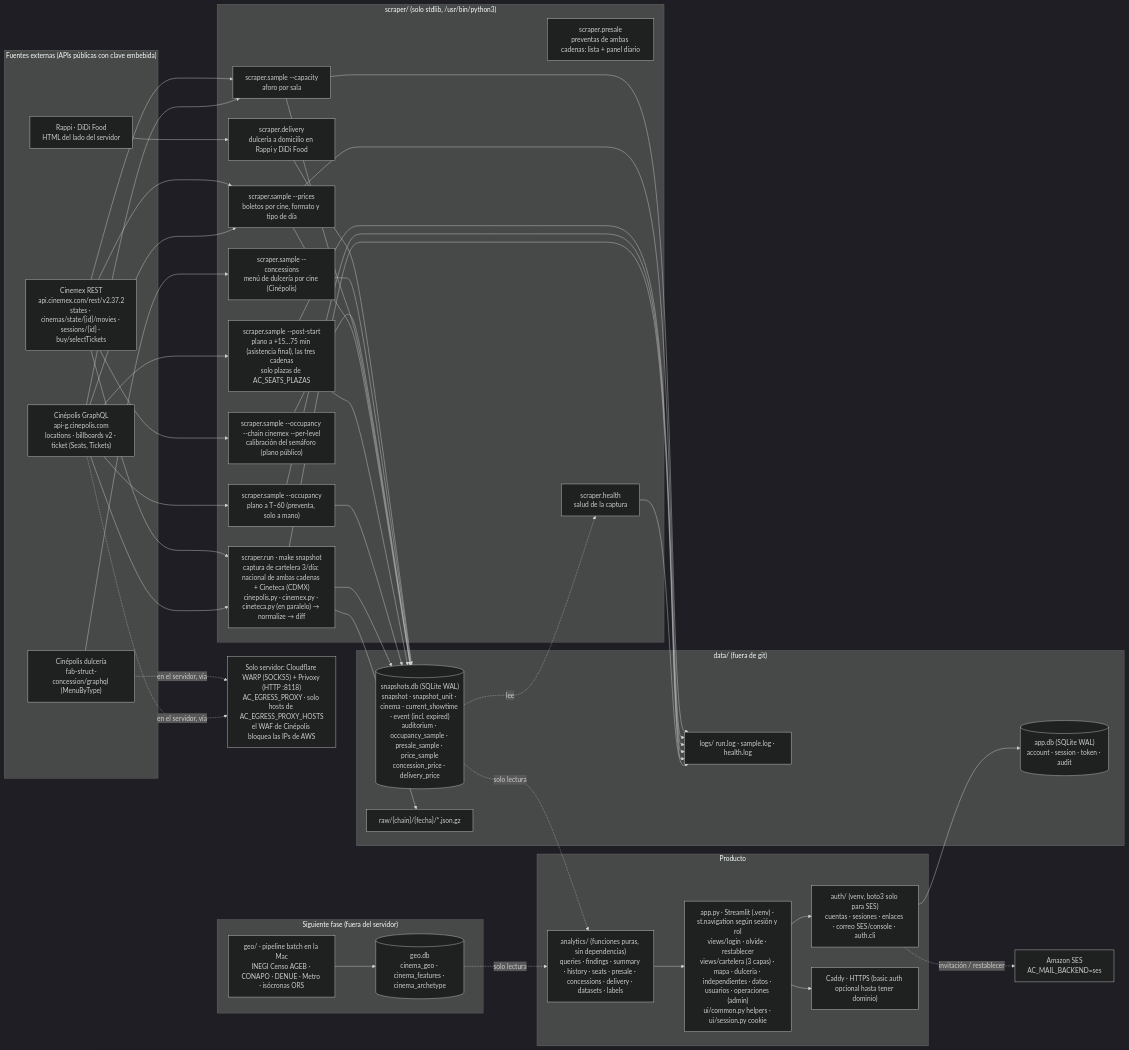
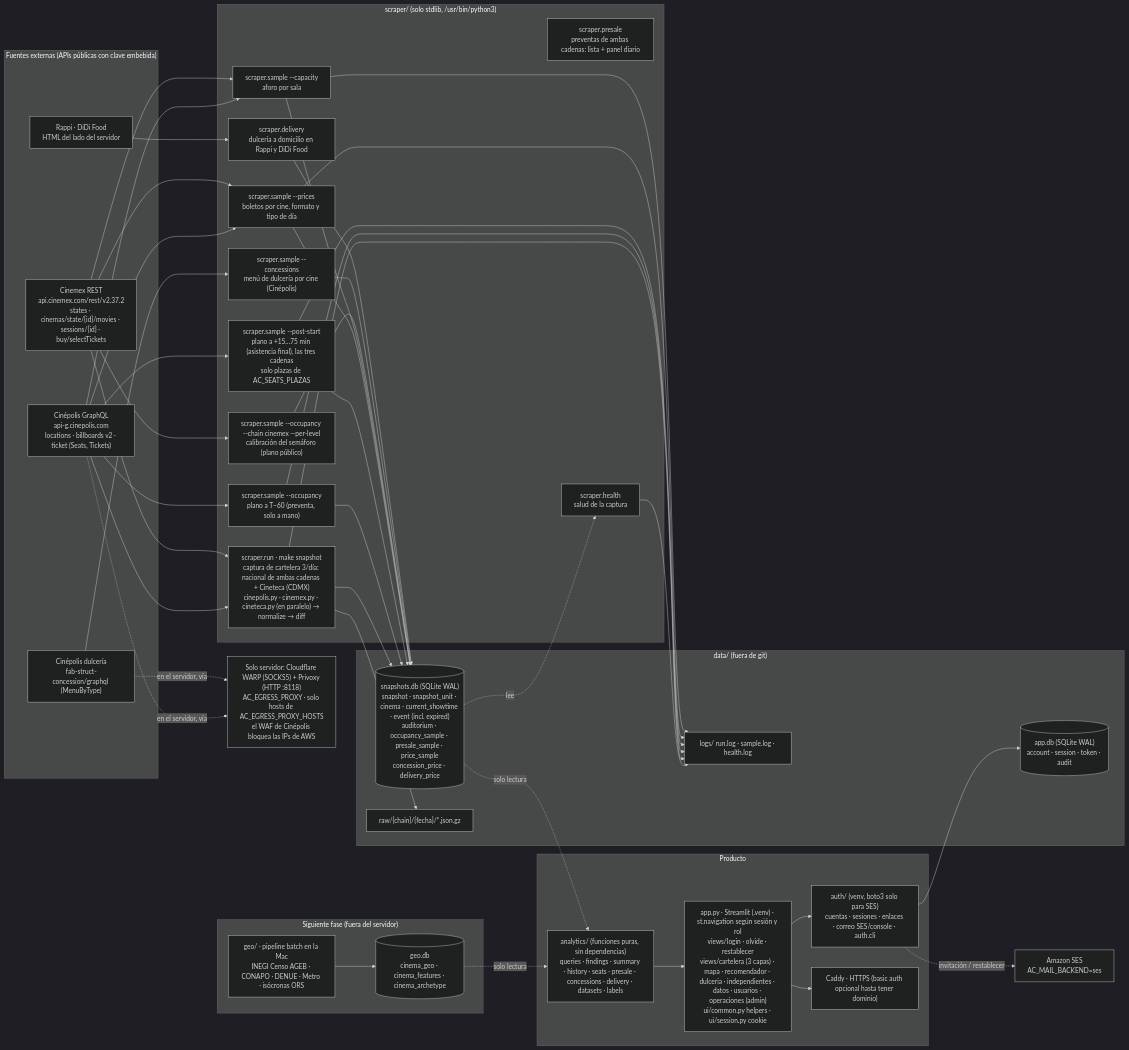
Before and after one commit to David-Lazaro-Fernandez/absolut-cinema: the diagram in ARCHITECTURE.md, drawn with Mermaid (dark theme). The commit also changed other lines of this file and 35 other files, not shown here.

````diff
--- a/ARCHITECTURE.md
+++ b/ARCHITECTURE.md
@@ -9,61 +9,61 @@
 ```mermaid
 flowchart LR
     subgraph fuentes["Fuentes externas (APIs públicas con clave embebida)"]
         CPL["Cinépolis GraphQL<br/>api-g.cinepolis.com<br/>locations · billboards v2 · ticket (Seats, Tickets)"]
         CMX["Cinemex REST<br/>api.cinemex.com/rest/v2.37.2<br/>states · cinemas/state/{id}/movies · sessions/{id} · buy/selectTickets"]
         CPF["Cinépolis dulcería<br/>fab-struct-concession/graphql (MenuByType)"]
         DEL["Rappi · DiDi Food<br/>HTML del lado del servidor"]
     end
 
     WARP["Solo servidor: Cloudflare WARP (SOCKS5) + Privoxy (HTTP :8118)<br/>AC_EGRESS_PROXY · solo hosts de AC_EGRESS_PROXY_HOSTS<br/>el WAF de Cinépolis bloquea las IPs de AWS"]
 
     subgraph scraper["scraper/ (solo stdlib, /usr/bin/python3)"]
         RUN["scraper.run · make snapshot<br/>captura de cartelera 3/día: nacional de ambas cadenas + Cineteca (CDMX)<br/>cinepolis.py · cinemex.py · cineteca.py (en paralelo) → normalize → diff"]
         OCC["scraper.sample --occupancy<br/>plano a T−60 (preventa, solo a mano)"]
         POST["scraper.sample --post-start<br/>plano a +15…75 min (asistencia final), las tres cadenas<br/>solo plazas de AC_SEATS_PLAZAS"]
         PRE["scraper.presale<br/>preventas de ambas cadenas: lista + panel diario"]
         PRICE["scraper.sample --prices<br/>boletos por cine, formato y tipo de día"]
         CAP["scraper.sample --capacity<br/>aforo por sala"]
         CAL["scraper.sample --occupancy --chain cinemex --per-level<br/>calibración del semáforo (plano público)"]
         CONC["scraper.sample --concessions<br/>menú de dulcería por cine (Cinépolis)"]
         DLV["scraper.delivery<br/>dulcería a domicilio en Rappi y DiDi Food"]
         HEALTH["scraper.health<br/>salud de la captura"]
     end
 
     subgraph datos["data/ (fuera de git)"]
         DB[("snapshots.db (SQLite WAL)<br/>snapshot · snapshot_unit · cinema · current_showtime · event (incl. expired)<br/>auditorium · occupancy_sample · presale_sample · price_sample<br/>concession_price · delivery_price")]
         APPDB[("app.db (SQLite WAL)<br/>account · session · token · audit")]
         RAW["raw/{chain}/{fecha}/*.json.gz"]
         LOGS["logs/ run.log · sample.log · health.log"]
     end
 
     subgraph producto["Producto"]
         AN["analytics/ (funciones puras, sin dependencias)<br/>queries · findings · summary · history · seats · presale · concessions · delivery · datasets · labels"]
         AUTH["auth/ (venv, boto3 solo para SES)<br/>cuentas · sesiones · enlaces · correo SES/console · auth.cli"]
-        APP["app.py · Streamlit (.venv) · st.navigation según sesión y rol<br/>views/login · olvide · restablecer<br/>views/cartelera (3 capas) · mapa · dulceria · independientes · datos · usuarios · operaciones (admin)<br/>ui/common.py helpers · ui/session.py cookie"]
+        APP["app.py · Streamlit (.venv) · st.navigation según sesión y rol<br/>views/login · olvide · restablecer<br/>views/cartelera (3 capas) · mapa · recomendador · dulceria · independientes · datos · usuarios · operaciones (admin)<br/>ui/common.py helpers · ui/session.py cookie"]
         CADDY["Caddy · HTTPS (basic auth opcional hasta tener dominio)"]
     end
 
     CPL -. en el servidor, vía .-> WARP
     CPF -. en el servidor, vía .-> WARP
     CPL --> RUN
     CMX --> RUN
     CPL --> OCC & POST & PRICE & CAP
     CMX --> PRICE & CAP & CAL
     CPF --> CONC
     DEL --> DLV
     RUN --> DB & RAW
     OCC & POST & PRICE & CAP & CAL & CONC & DLV --> DB
     DB -. lee .-> HEALTH
     HEALTH --> LOGS
     RUN & OCC & POST & PRICE & CAP --> LOGS
     DB -. solo lectura .-> AN --> APP --> CADDY
     APP --> AUTH --> APPDB
     AUTH -. invitación / restablecer .-> SES["Amazon SES<br/>AC_MAIL_BACKEND=ses"]
 
     subgraph futuro["Siguiente fase (fuera del servidor)"]
         GEO["geo/ · pipeline batch en la Mac<br/>INEGI Censo AGEB · CONAPO · DENUE · Metro · isócronas ORS"]
         GEODB[("geo.db<br/>cinema_geo · cinema_features · cinema_archetype")]
     end
     GEO --> GEODB -. solo lectura .-> AN
 ```
````
